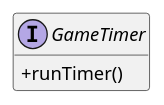
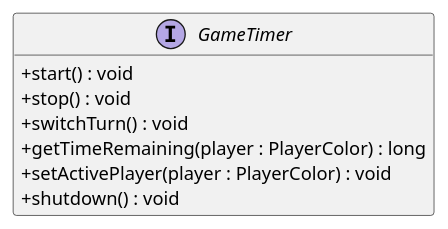
Before and after one commit to Turbo-Chess/Turbo-Chess: the diagram in docs/GameTimer.puml, drawn with PlantUML. The commit also changed 5 other files, not shown here.

Commit message:
docs: update UML diagrams and refactor LoadoutManager

```diff
--- a/docs/GameTimer.puml
+++ b/docs/GameTimer.puml
@@ -1,11 +1,16 @@
 @startuml GameTimer
 
 skinparam classAttributeIconSize 0
 hide empty fields
-hide empty method
+hide empty methods
 
 interface GameTimer {
+    +start() : void
+    +stop() : void
+    +switchTurn() : void
+    +getTimeRemaining(player : PlayerColor) : long
+    +setActivePlayer(player : PlayerColor) : void
+    +shutdown() : void
+}
 
-    +runTimer()
-}
 @enduml
```
